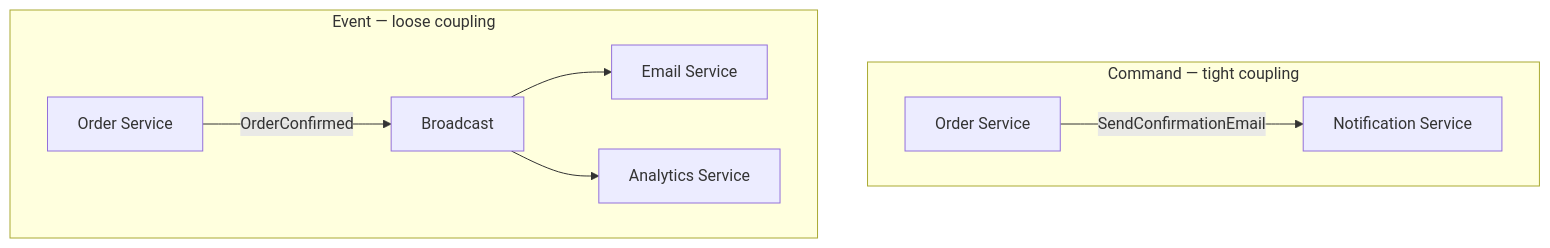
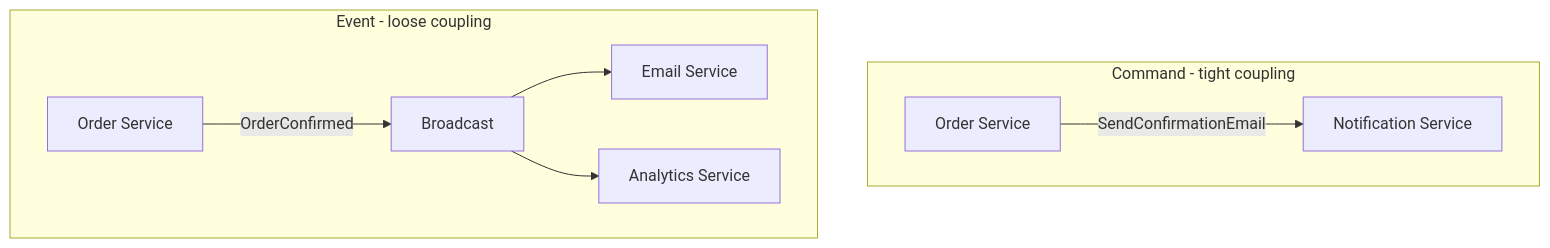
The ninth of 20 diagrams in _posts/2026-09-14-10-event-driven-architecture-questions.md (yoosuf/yoosuf.github.io), drawn with Mermaid before and after one commit. The commit also changed other lines of this file, not shown here.

Commit message:
Rewrite event-driven post: convert text flows to diagrams and bulleted lists

````diff
--- a/_posts/2026-09-14-10-event-driven-architecture-questions.md
+++ b/_posts/2026-09-14-10-event-driven-architecture-questions.md
@@ -159,11 +211,11 @@
 ```mermaid
 flowchart TD
-    subgraph Command["Command — tight coupling"]
+    subgraph Command["Command - tight coupling"]
         OS1[Order Service] -->|SendConfirmationEmail| NS1[Notification Service]
     end
-    subgraph Event["Event — loose coupling"]
+    subgraph Event["Event - loose coupling"]
         OS2[Order Service] -->|OrderConfirmed| BR[Broadcast]
         BR --> ES[Email Service]
         BR --> AS[Analytics Service]
     end
 ```
````
